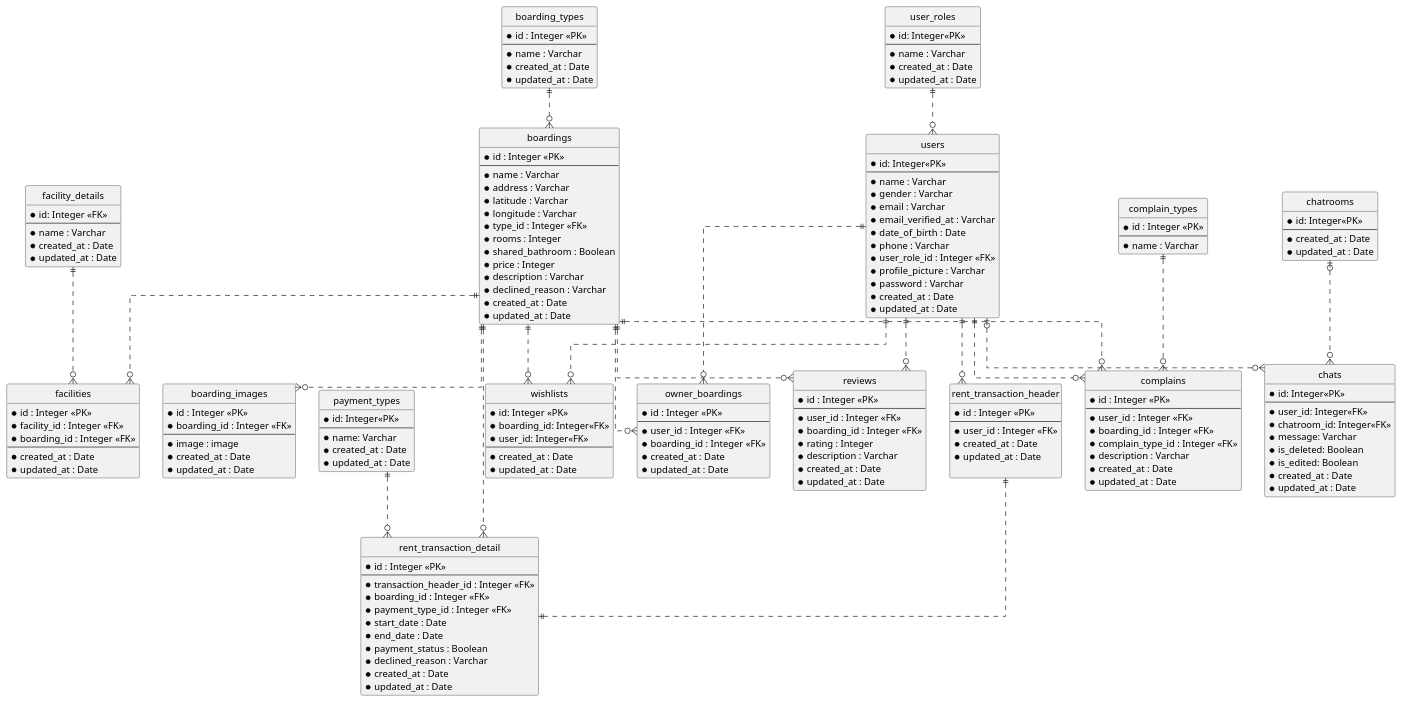
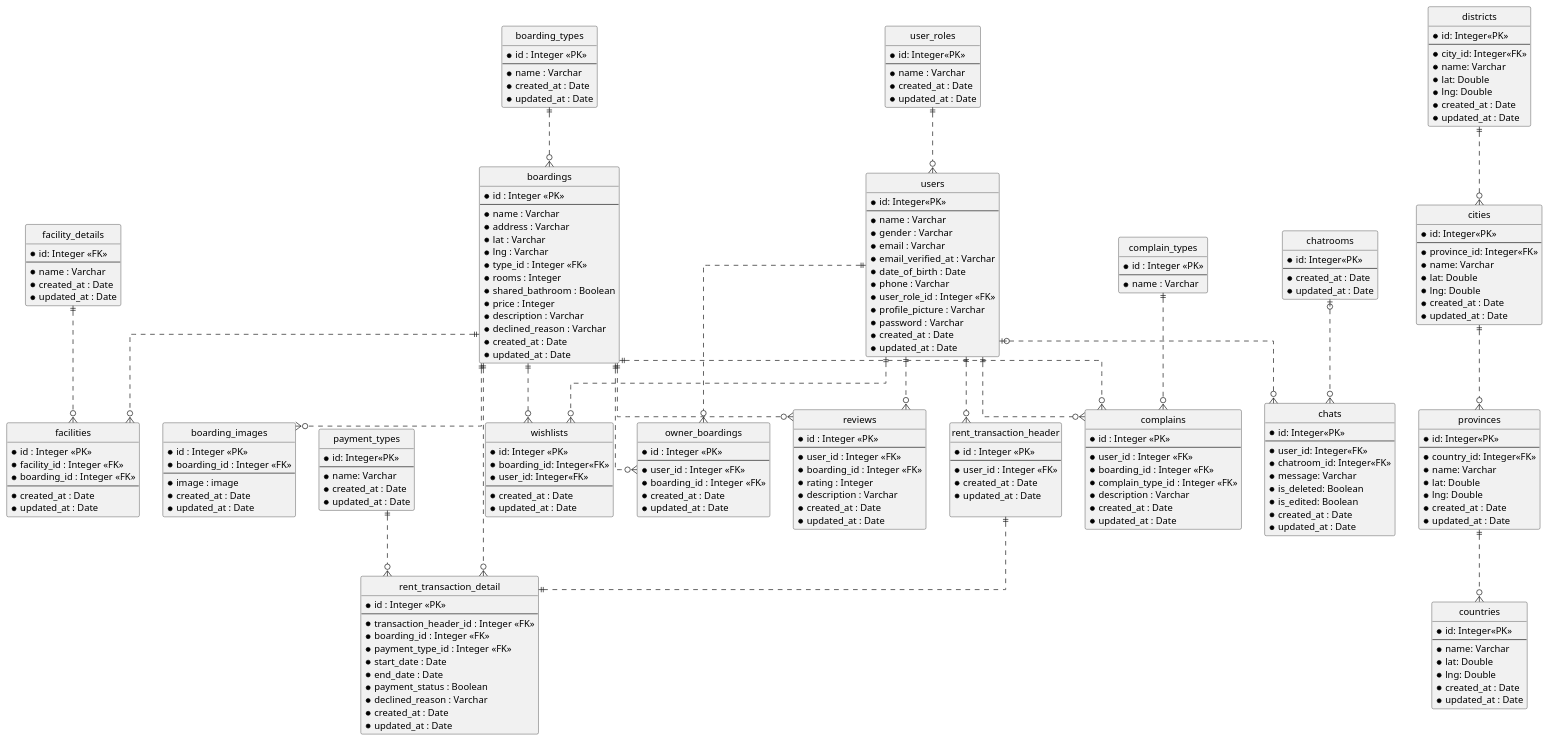
Before and after one commit to AntWort21/BHFMS: the diagram in Design/BHFMS_ERD.puml, drawn with PlantUML. The commit also changed 14 other files, not shown here.

```diff
--- a/Design/BHFMS_ERD.puml
+++ b/Design/BHFMS_ERD.puml
@@ -42,8 +42,8 @@
   --
   *name : Varchar
   *address : Varchar
-  *latitude : Varchar
-  *longitude : Varchar
+  *lat : Varchar
+  *lng : Varchar
   *type_id : Integer <<FK>>
   *rooms : Integer
   *shared_bathroom : Boolean
@@ -179,6 +179,53 @@
   *updated_at : Date
 }
 
+entity "countries" as country {
+  *id: Integer<<PK>>
+  --
+  *name: Varchar
+  *lat: Double
+  *lng: Double
+  *created_at : Date
+  *updated_at : Date
+}
+
+entity "provinces" as prov {
+  *id: Integer<<PK>>
+  --
+  *country_id: Integer<<FK>>
+  *name: Varchar
+  *lat: Double
+  *lng: Double
+  *created_at : Date
+  *updated_at : Date
+}
+
+entity "cities" as city {
+  *id: Integer<<PK>>
+  --
+  *province_id: Integer<<FK>>
+  *name: Varchar
+  *lat: Double
+  *lng: Double
+  *created_at : Date
+  *updated_at : Date
+}
+
+entity "districts" as dist {
+  *id: Integer<<PK>>
+  --
+  *city_id: Integer<<FK>>
+  *name: Varchar
+  *lat: Double
+  *lng: Double
+  *created_at : Date
+  *updated_at : Date
+}
+
+prov ||..o{country
+city ||..o{prov
+dist ||..o{city
+
 usrl ||..o{usr
 bh ||..o{ bhi
 bh ||..o{ f
```
